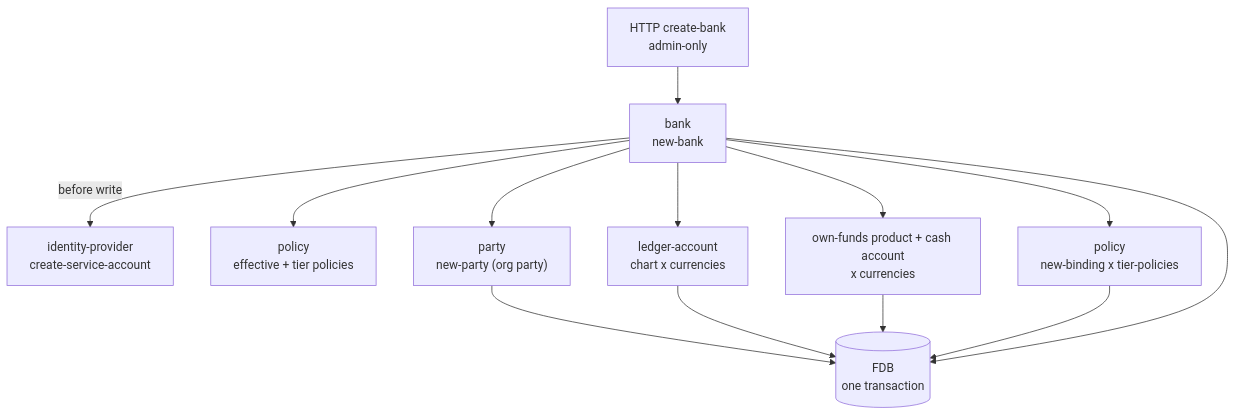
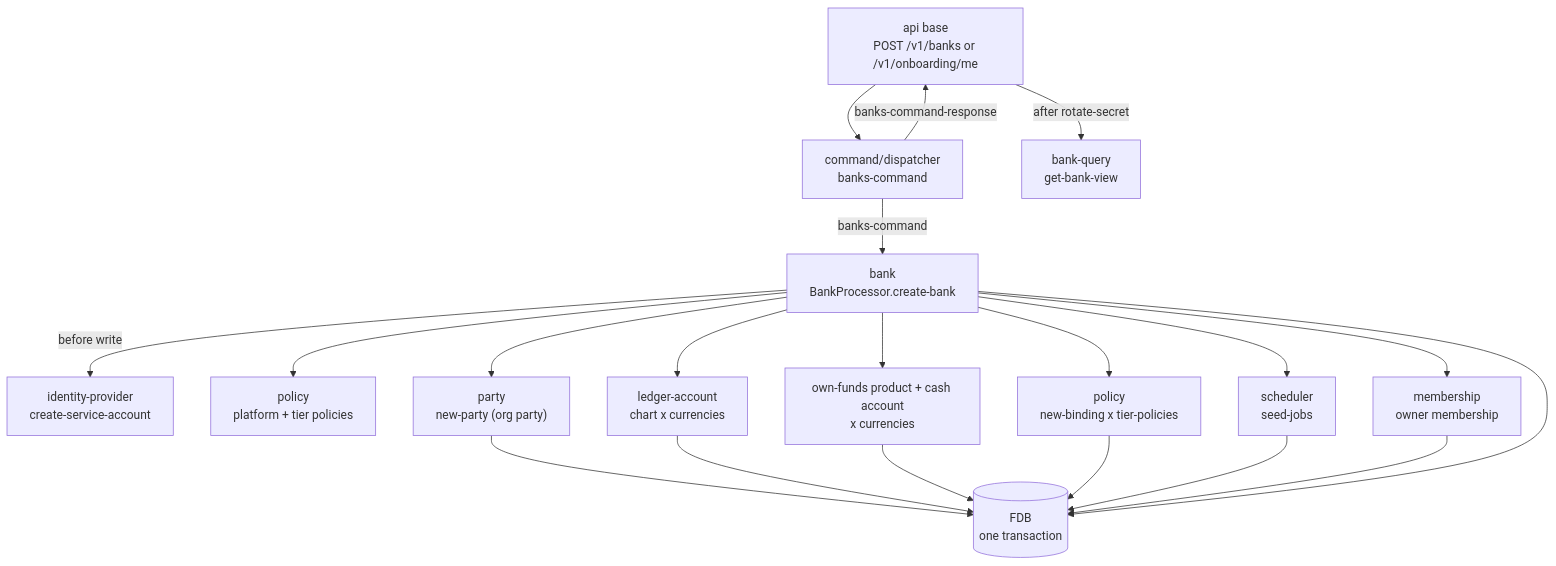
Before and after one commit to repldriven/queenswood: the diagram in docs/tdd/banks.md, drawn with Mermaid. The commit also changed other lines of this file and 2 other files, not shown here.

First line of the commit message:
The banks TDD describes the code it is about

````diff
--- a/docs/tdd/banks.md
+++ b/docs/tdd/banks.md
@@ -75,25 +87,36 @@
 ```mermaid
 graph TD
-    HTTP["HTTP create-bank<br/>admin-only"]
-    BB["bank<br/>new-bank"]
+    HTTP["api base<br/>POST /v1/banks or /v1/onboarding/me"]
+    DISP["command/dispatcher<br/>banks-command"]
+    PROC["bank<br/>BankProcessor.create-bank"]
     IDP["identity-provider<br/>create-service-account"]
-    POL["policy<br/>effective + tier policies"]
+    POL["policy<br/>platform + tier policies"]
     BP["party<br/>new-party (org party)"]
     BLA["ledger-account<br/>chart x currencies"]
     BHA["own-funds product + cash account<br/>x currencies"]
     BIND["policy<br/>new-binding x tier-policies"]
+    JOBS["scheduler<br/>seed-jobs"]
+    MEM["membership<br/>owner membership"]
     FDB[("FDB<br/>one transaction")]
+    QRY["bank-query<br/>get-bank-view"]
 
-    HTTP --> BB
-    BB -->|before write| IDP
-    BB --> POL
-    BB --> BP
-    BB --> BLA
-    BB --> BHA
-    BB --> BIND
+    HTTP --> DISP
+    DISP -->|banks-command| PROC
+    PROC -->|before write| IDP
+    PROC --> POL
+    PROC --> BP
+    PROC --> BLA
+    PROC --> BHA
+    PROC --> BIND
+    PROC --> JOBS
+    PROC --> MEM
     BP --> FDB
     BLA --> FDB
     BHA --> FDB
     BIND --> FDB
-    BB --> FDB
+    JOBS --> FDB
+    MEM --> FDB
+    PROC --> FDB
+    DISP -->|banks-command-response| HTTP
+    HTTP -->|after rotate-secret| QRY
 ```
````
